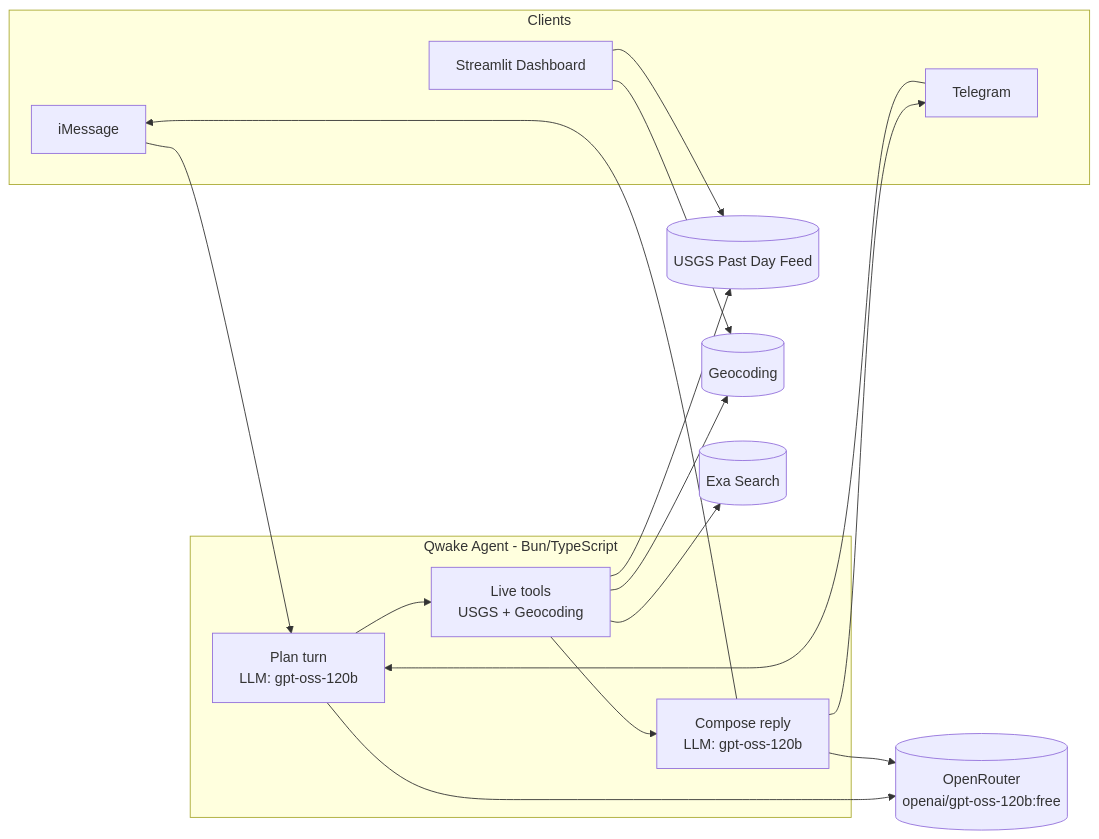
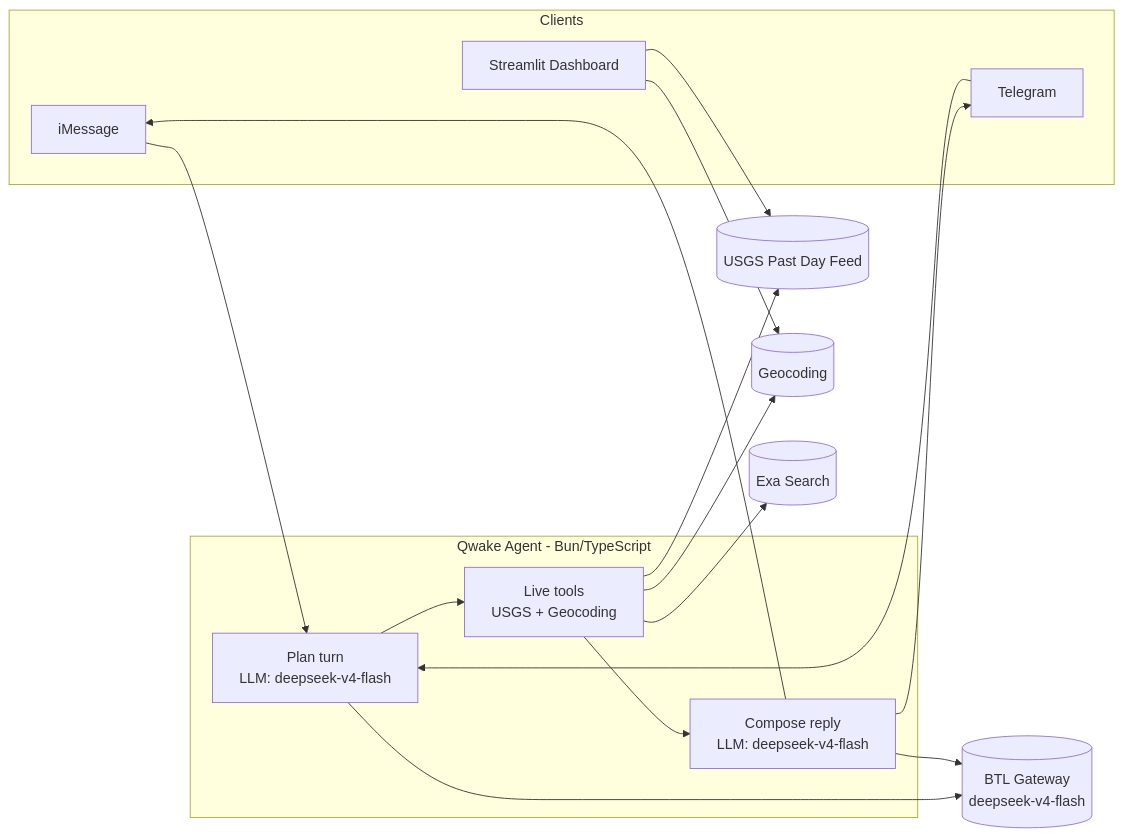
Before and after one commit to fozagtx/qwake: the diagram in README.md, drawn with Mermaid. The commit also changed other lines of this file and 2 other files, not shown here.

Commit message:
Fix README: remove screenshot, fix Mermaid to BTL/deepseek, remove deployment doc ref

````diff
--- a/README.md
+++ b/README.md
@@ -10,33 +7,33 @@
 ```mermaid
 flowchart LR
     subgraph Clients
         WEB[Streamlit Dashboard]
         IM[iMessage]
         TG[Telegram]
     end
 
     subgraph Agent[Qwake Agent - Bun/TypeScript]
-        PLAN[Plan turn\nLLM: gpt-oss-120b]
+        PLAN[Plan turn\nLLM: deepseek-v4-flash]
         TOOLS[Live tools\nUSGS + Geocoding]
-        REPLY[Compose reply\nLLM: gpt-oss-120b]
+        REPLY[Compose reply\nLLM: deepseek-v4-flash]
     end
 
     USGS[(USGS Past Day Feed)]
     GEO[(Geocoding)]
     EXA[(Exa Search)]
-    OR[(OpenRouter\nopenai/gpt-oss-120b:free)]
+    BTL[(BTL Gateway\ndeepseek-v4-flash)]
 
     WEB --> USGS
     WEB --> GEO
     IM --> PLAN
     TG --> PLAN
-    PLAN --> OR
+    PLAN --> BTL
     PLAN --> TOOLS
     TOOLS --> USGS
     TOOLS --> GEO
     TOOLS --> EXA
     TOOLS --> REPLY
-    REPLY --> OR
+    REPLY --> BTL
     REPLY --> IM
     REPLY --> TG
 ```
````
